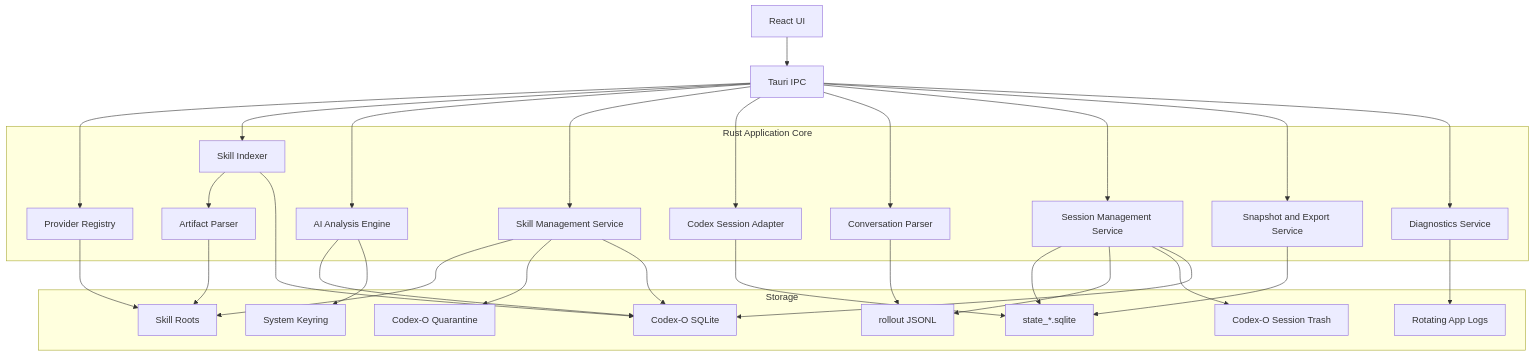
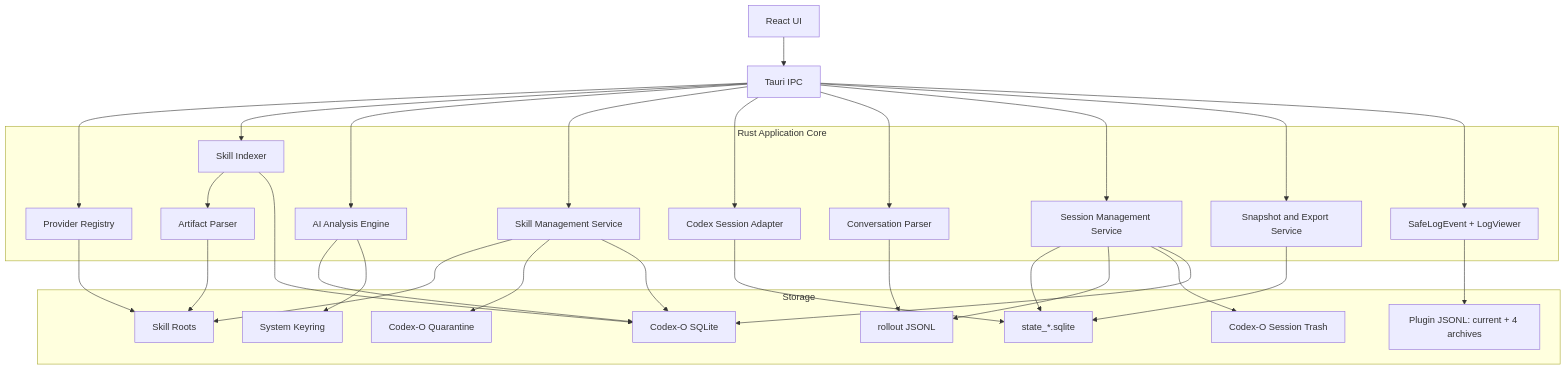
The diagram in doc/技术设计文档.md (MLYR/Codex-O), drawn with Mermaid before and after one commit. The commit also changed other lines of this file and 34 other files, not shown here.

````diff
--- a/doc/技术设计文档.md
+++ b/doc/技术设计文档.md
@@ -57,58 +58,58 @@
 ```mermaid
 flowchart TB
     UI[React UI]
     IPC[Tauri IPC]
 
     subgraph Core[Rust Application Core]
       Provider[Provider Registry]
       Indexer[Skill Indexer]
       Parser[Artifact Parser]
       Analyzer[AI Analysis Engine]
       Manager[Skill Management Service]
       Sessions[Codex Session Adapter]
       Transcript[Conversation Parser]
       SessionManager[Session Management Service]
       Exporter[Snapshot and Export Service]
-      Diagnostics[Diagnostics Service]
+      Diagnostics[SafeLogEvent + LogViewer]
     end
 
     subgraph Storage[Storage]
       AppDB[Codex-O SQLite]
       Keyring[System Keyring]
       SkillRoots[Skill Roots]
       CodexDB[state_*.sqlite]
       SessionFiles[rollout JSONL]
       Quarantine[Codex-O Quarantine]
       SessionTrash[Codex-O Session Trash]
-      AppLogs[Rotating App Logs]
+      AppLogs[Plugin JSONL: current + 4 archives]
     end
 
     UI --> IPC
     IPC --> Provider
     IPC --> Indexer
     IPC --> Analyzer
     IPC --> Manager
     IPC --> Sessions
     IPC --> Transcript
     IPC --> SessionManager
     IPC --> Exporter
     IPC --> Diagnostics
 
     Provider --> SkillRoots
     Indexer --> Parser
     Parser --> SkillRoots
     Indexer --> AppDB
     Analyzer --> AppDB
     Analyzer --> Keyring
     Manager --> SkillRoots
     Manager --> Quarantine
     Manager --> AppDB
     Sessions --> CodexDB
     Transcript --> SessionFiles
     SessionManager --> CodexDB
     SessionManager --> SessionFiles
     SessionManager --> SessionTrash
     SessionManager --> AppDB
     Exporter --> CodexDB
     Diagnostics --> AppLogs
 ```
````
